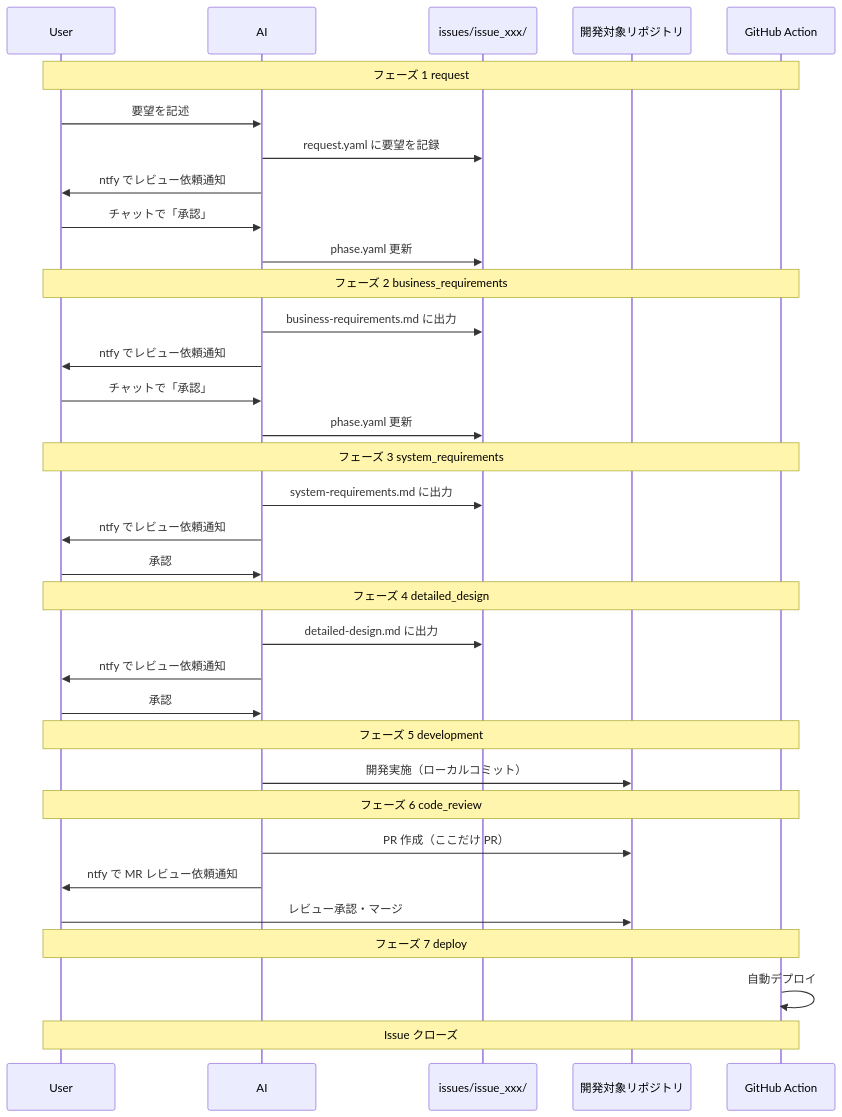
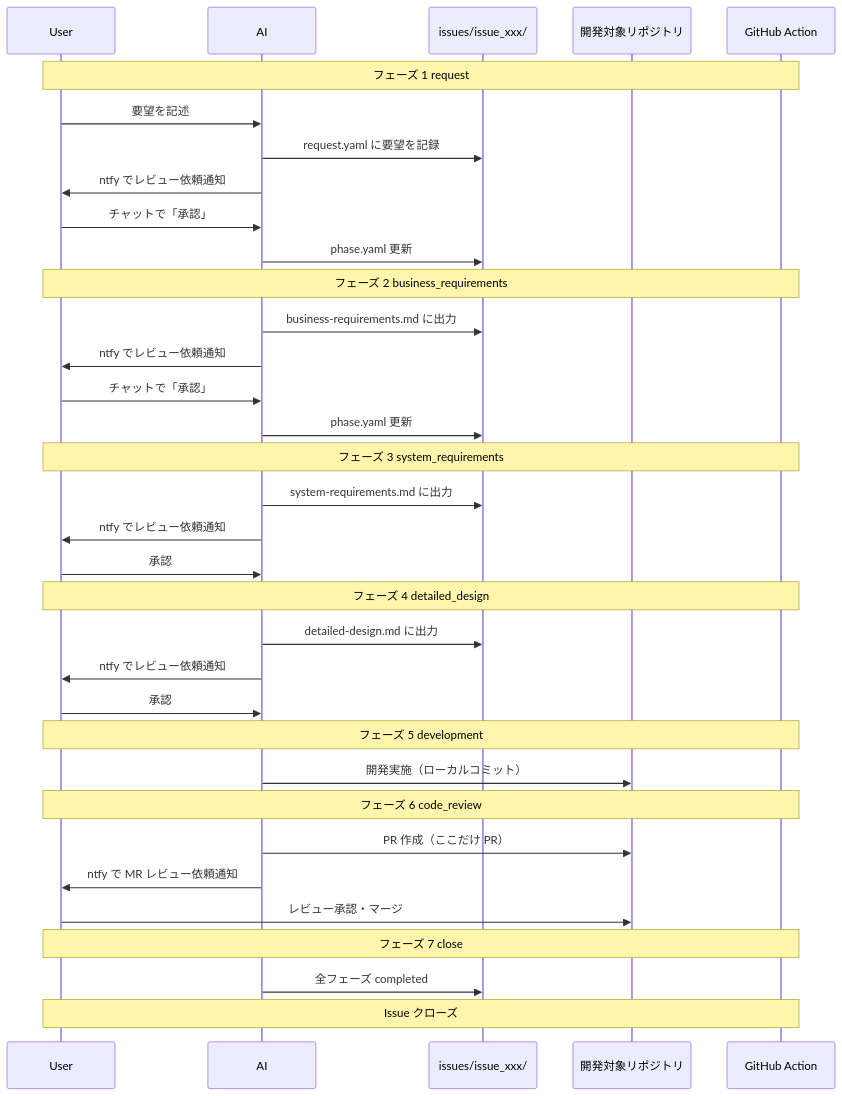
One commit to kuroweb/ai-workspace changed the diagram in README.md. Above: the diagram before and after it, drawn with Mermaid. The commit also changed other lines of this file and 1 other file, not shown here.

````diff
--- a/README.md
+++ b/README.md
@@ -72,43 +76,43 @@
 ```mermaid
 sequenceDiagram
   participant User as User
   participant AI as AI
   participant Local as issues/issue_xxx/
   participant Repo as 開発対象リポジトリ
   participant GA as GitHub Action
 
   Note over User,GA: フェーズ 1 request
   User->>AI: 要望を記述
   AI->>Local: request.yaml に要望を記録
   AI->>User: ntfy でレビュー依頼通知
   User->>AI: チャットで「承認」
   AI->>Local: phase.yaml 更新
 
   Note over User,GA: フェーズ 2 business_requirements
   AI->>Local: business-requirements.md に出力
   AI->>User: ntfy でレビュー依頼通知
   User->>AI: チャットで「承認」
   AI->>Local: phase.yaml 更新
 
   Note over User,GA: フェーズ 3 system_requirements
   AI->>Local: system-requirements.md に出力
   AI->>User: ntfy でレビュー依頼通知
   User->>AI: 承認
 
   Note over User,GA: フェーズ 4 detailed_design
   AI->>Local: detailed-design.md に出力
   AI->>User: ntfy でレビュー依頼通知
   User->>AI: 承認
 
   Note over User,GA: フェーズ 5 development
   AI->>Repo: 開発実施（ローカルコミット）
 
   Note over User,GA: フェーズ 6 code_review
   AI->>Repo: PR 作成（ここだけ PR）
   AI->>User: ntfy で MR レビュー依頼通知
   User->>Repo: レビュー承認・マージ
 
-  Note over User,GA: フェーズ 7 deploy
-  GA->>GA: 自動デプロイ
+  Note over User,GA: フェーズ 7 close
+  AI->>Local: 全フェーズ completed
   Note over User,GA: Issue クローズ
 ```
````
